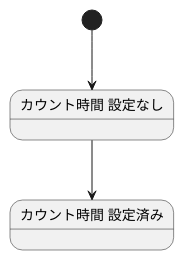
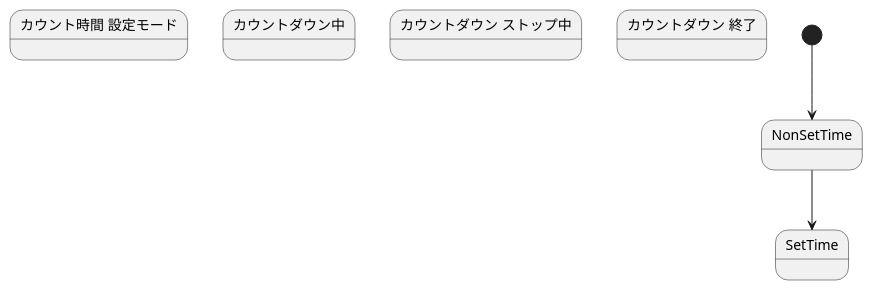
The diagram in 状態遷移図.pu (hakohumi/comp.Kitchen_Timer), drawn with PlantUML before and after one commit. The commit also changed 9 other files, not shown here.

```diff
--- a/状態遷移図.pu
+++ b/状態遷移図.pu
@@ -1,12 +1,14 @@
 @startuml Kitchen_Timer_State
 
-state "カウント時間 設定なし" as NonSetTime
-state "カウント時間 設定済み" as SetTime
+state "カウント時間 設定モード" as SettingTime
+state "カウントダウン中" as CountDown
+state "カウントダウン ストップ中" as StopCountDown
+state "カウントダウン 終了" as EndCountDown
 
 [*] --> NonSetTime
 
 NonSetTime --> SetTime
 
 
 
 @enduml
```
